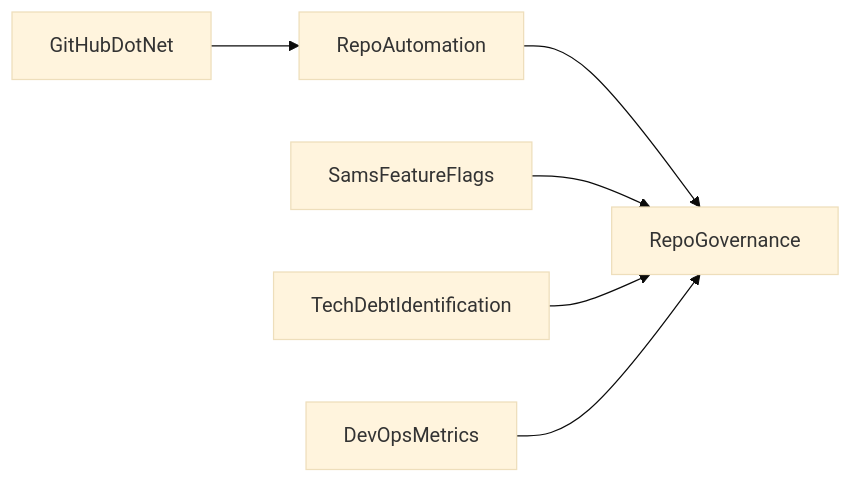
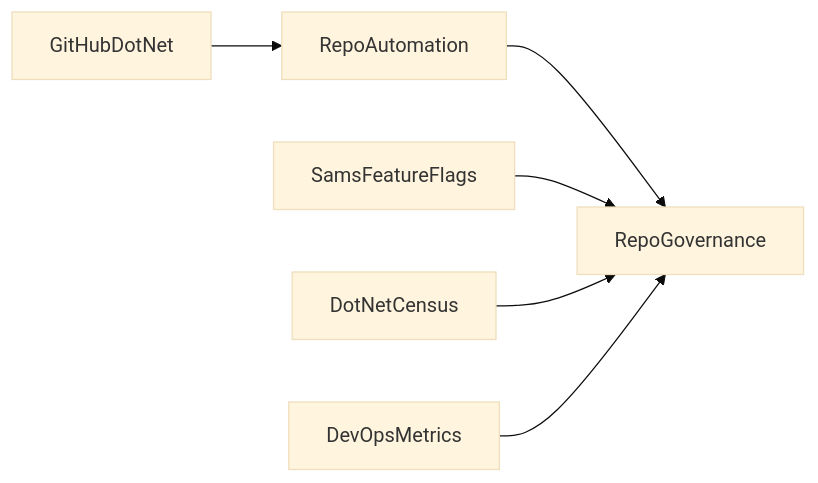
The diagram in README.md (samsmithnz/RepoGovernance), drawn with Mermaid (base theme) before and after one commit. The commit also changed other lines of this file, not shown here.

````diff
--- a/README.md
+++ b/README.md
@@ -16,8 +16,8 @@
 ```mermaid
   graph LR;
       GitHubDotNet-->RepoAutomation;
       RepoAutomation-->RepoGovernance;
       SamsFeatureFlags-->RepoGovernance;
-      TechDebtIdentification-->RepoGovernance;
+      DotNetCensus-->RepoGovernance;
       DevOpsMetrics-->RepoGovernance;
 ```
````
